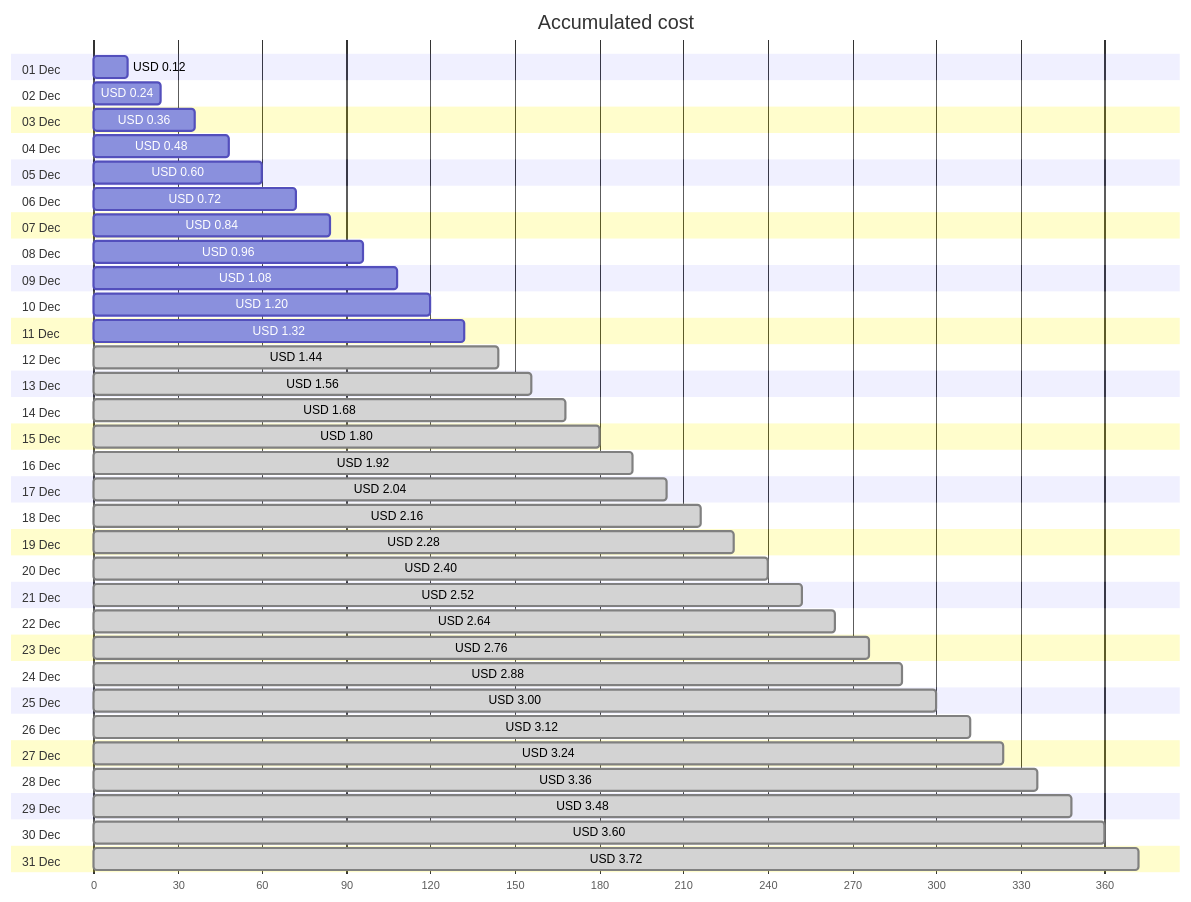
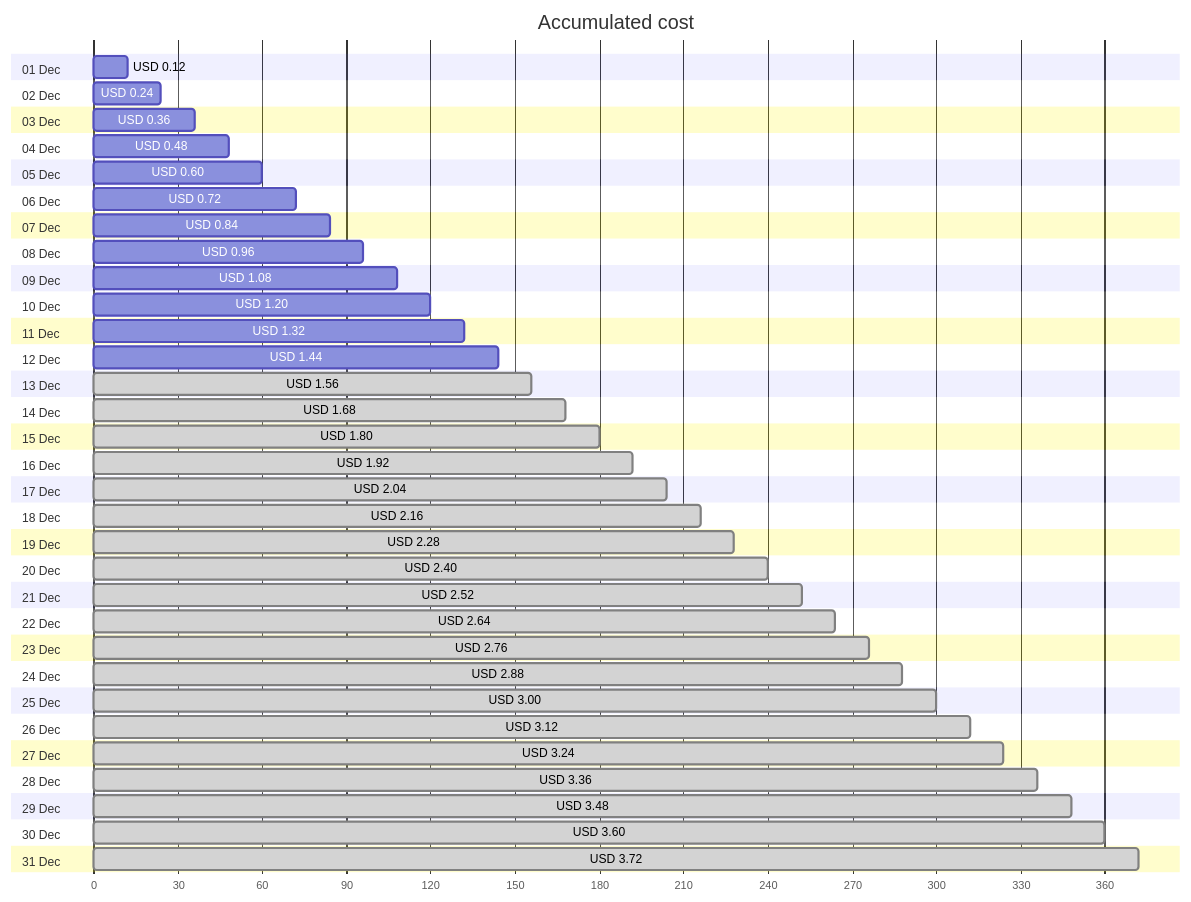
The first of 4 diagrams in cost-reports/personal-network/backup-server-public-ip.md (jpfulton/azure-personal-reports), drawn with Mermaid before and after one commit. The commit also changed other lines of this file and 8 other files, not shown here.

````diff
--- a/cost-reports/personal-network/backup-server-public-ip.md
+++ b/cost-reports/personal-network/backup-server-public-ip.md
@@ -20,68 +20,68 @@
 ```mermaid
 gantt
    title Accumulated cost
    dateFormat  X
    axisFormat %s
    section 01 Dec
    USD 0.12 :0, 12
    section 02 Dec
    USD 0.24 :0, 24
    section 03 Dec
    USD 0.36 :0, 36
    section 04 Dec
    USD 0.48 :0, 48
    section 05 Dec
    USD 0.60 :0, 60
    section 06 Dec
    USD 0.72 :0, 72
    section 07 Dec
    USD 0.84 :0, 84
    section 08 Dec
    USD 0.96 :0, 96
    section 09 Dec
    USD 1.08 :0, 108
    section 10 Dec
    USD 1.20 :0, 120
    section 11 Dec
    USD 1.32 :0, 132
    section 12 Dec
-   USD 1.44 : done, 0, 144
+   USD 1.44 :0, 144
    section 13 Dec
    USD 1.56 : done, 0, 156
    section 14 Dec
    USD 1.68 : done, 0, 168
    section 15 Dec
    USD 1.80 : done, 0, 180
    section 16 Dec
    USD 1.92 : done, 0, 192
    section 17 Dec
    USD 2.04 : done, 0, 204
    section 18 Dec
    USD 2.16 : done, 0, 216
    section 19 Dec
    USD 2.28 : done, 0, 228
    section 20 Dec
    USD 2.40 : done, 0, 240
    section 21 Dec
    USD 2.52 : done, 0, 252
    section 22 Dec
    USD 2.64 : done, 0, 264
    section 23 Dec
    USD 2.76 : done, 0, 276
    section 24 Dec
    USD 2.88 : done, 0, 288
    section 25 Dec
    USD 3.00 : done, 0, 300
    section 26 Dec
    USD 3.12 : done, 0, 312
    section 27 Dec
    USD 3.24 : done, 0, 324
    section 28 Dec
    USD 3.36 : done, 0, 336
    section 29 Dec
    USD 3.48 : done, 0, 348
    section 30 Dec
    USD 3.60 : done, 0, 360
    section 31 Dec
    USD 3.72 : done, 0, 372
 ```
````
